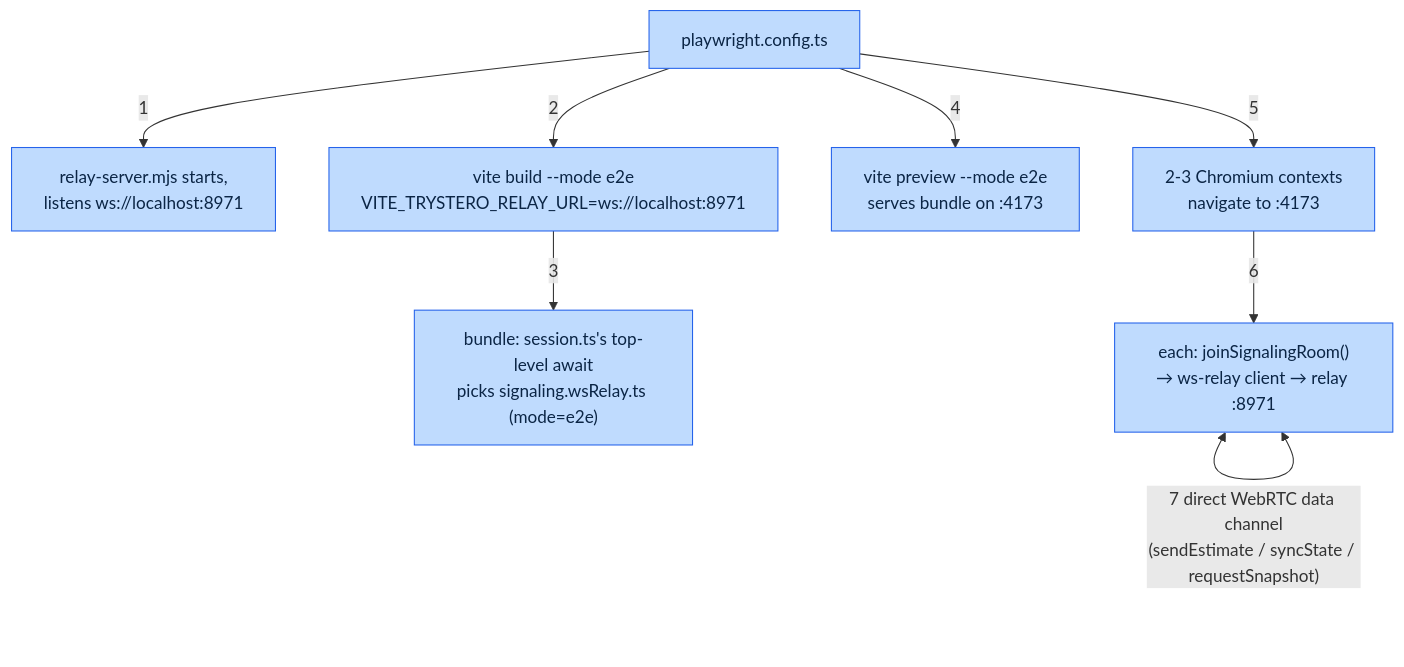
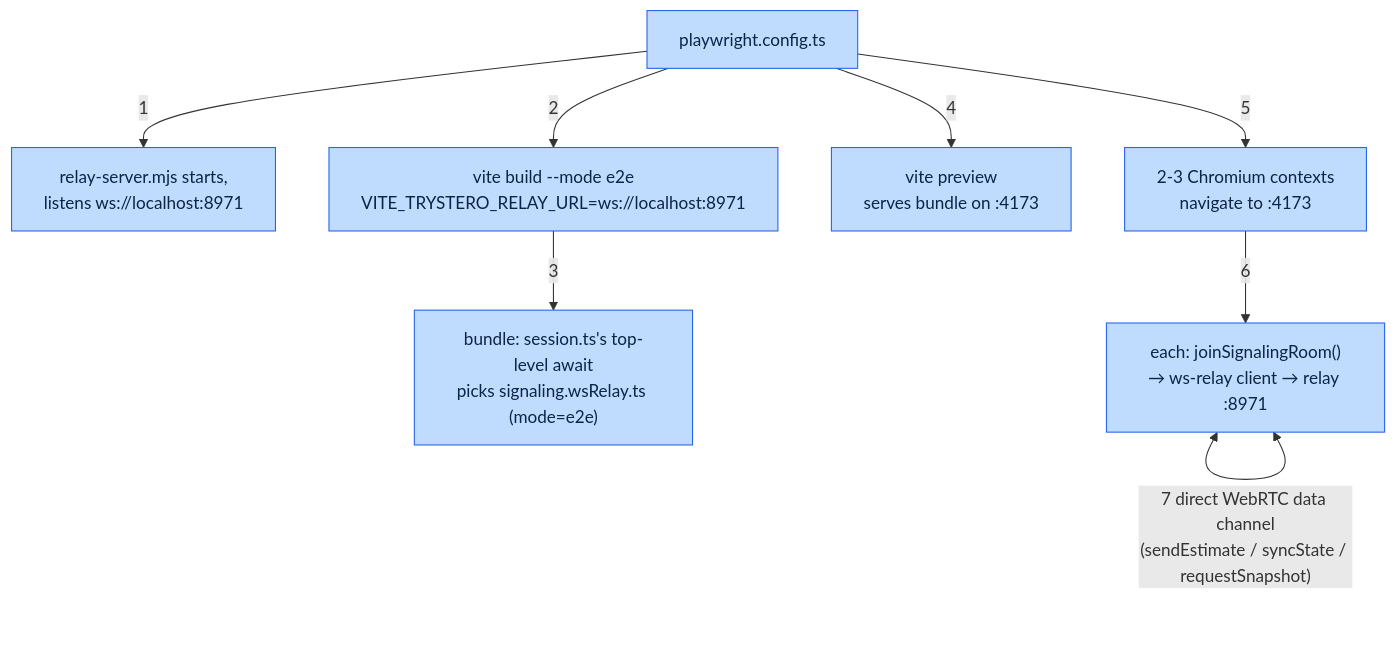
Before and after one commit to cfisch3r/estimate: the second of 3 diagrams in docs/concepts/e2e-testing.md, drawn with Mermaid. The commit also changed other lines of this file and 1 other file, not shown here.

Commit message:
chore: drop redundant --mode e2e from vite preview in e2e config

````diff
--- a/docs/concepts/e2e-testing.md
+++ b/docs/concepts/e2e-testing.md
@@ -85,13 +85,13 @@
 ```mermaid
 flowchart TD
   A["playwright.config.ts"] -->|1| B["relay-server.mjs starts,<br/>listens ws://localhost:8971"]
   A -->|2| C["vite build --mode e2e<br/>VITE_TRYSTERO_RELAY_URL=ws://localhost:8971"]
   C -->|3| D["bundle: session.ts's top-level await<br/>picks signaling.wsRelay.ts (mode=e2e)"]
-  A -->|4| E["vite preview --mode e2e<br/>serves bundle on :4173"]
+  A -->|4| E["vite preview<br/>serves bundle on :4173"]
   A -->|5| F["2-3 Chromium contexts<br/>navigate to :4173"]
   F -->|6| G["each: joinSignalingRoom()<br/>→ ws-relay client → relay :8971"]
   G <-->|"7 direct WebRTC data channel<br/>(sendEstimate / syncState / requestSnapshot)"| G
 
   classDef step fill:#BFDBFE,stroke:#2563EB,color:#0B2545
   class A,B,C,D,E,F,G step
 ```
````
